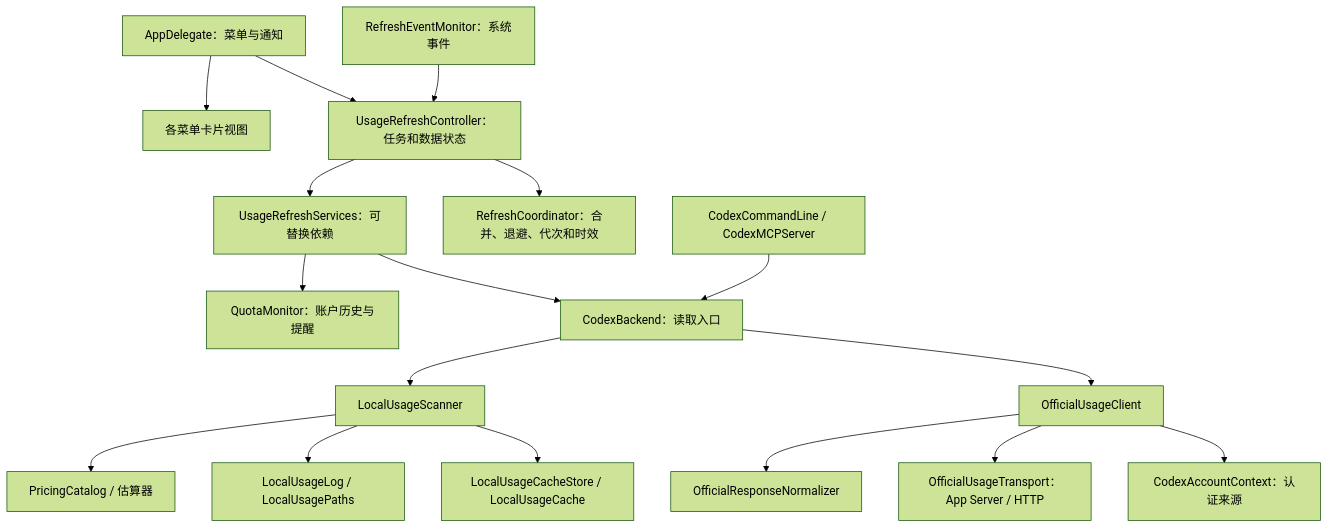
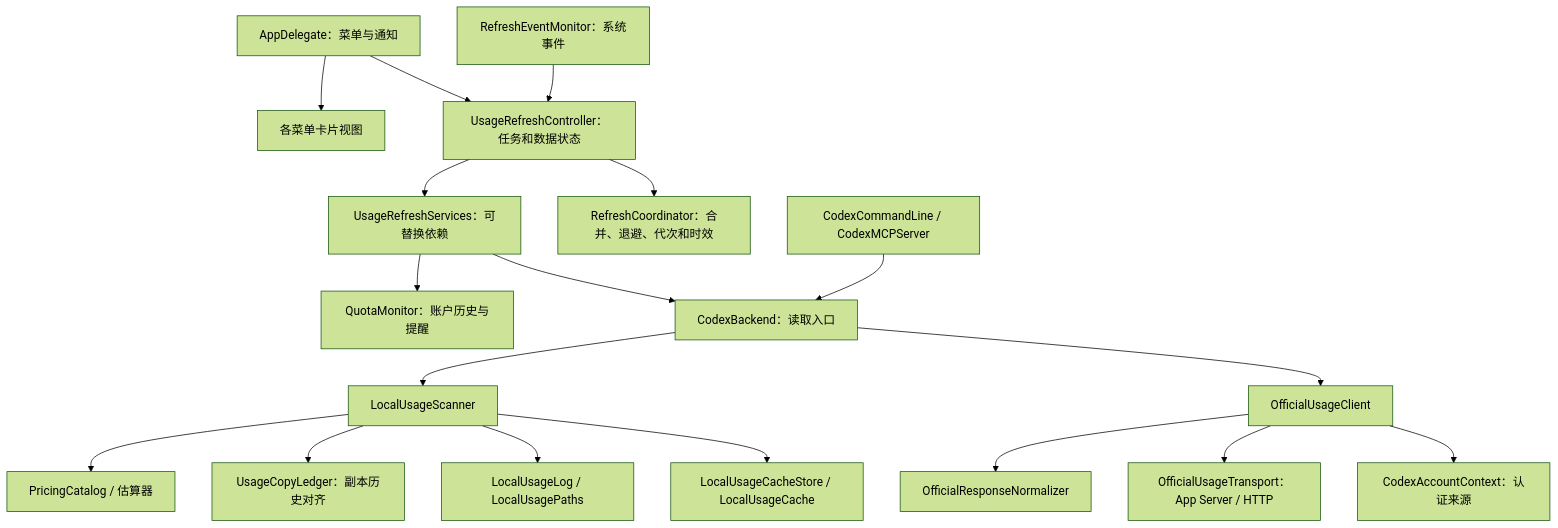
One commit to HaidyCao/Codex-Rate-Limits-Bar changed the diagram in docs/architecture.md. Above: the diagram before and after it, drawn with Mermaid (forest theme). The commit also changed other lines of this file and 13 other files, not shown here.

````diff
--- a/docs/architecture.md
+++ b/docs/architecture.md
@@ -5,19 +5,20 @@
 ```mermaid
 flowchart TD
     Events[RefreshEventMonitor：系统事件] --> Controller[UsageRefreshController：任务和数据状态]
     App[AppDelegate：菜单与通知] --> Controller
     App --> Views[各菜单卡片视图]
     Controller --> Policy[RefreshCoordinator：合并、退避、代次和时效]
     Controller --> Services[UsageRefreshServices：可替换依赖]
     Services --> Backend[CodexBackend：读取入口]
     Services --> History[QuotaMonitor：账户历史与提醒]
     CLI[CodexCommandLine / CodexMCPServer] --> Backend
     Backend --> Official[OfficialUsageClient]
     Backend --> Scanner[LocalUsageScanner]
     Official --> Account[CodexAccountContext：认证来源]
     Official --> Transport[OfficialUsageTransport：App Server / HTTP]
     Official --> Normalize[OfficialResponseNormalizer]
     Scanner --> Store[LocalUsageCacheStore / LocalUsageCache]
     Scanner --> Log[LocalUsageLog / LocalUsagePaths]
+    Scanner --> Copies[UsageCopyLedger：副本历史对齐]
     Scanner --> Pricing[PricingCatalog / 估算器]
 ```
````
